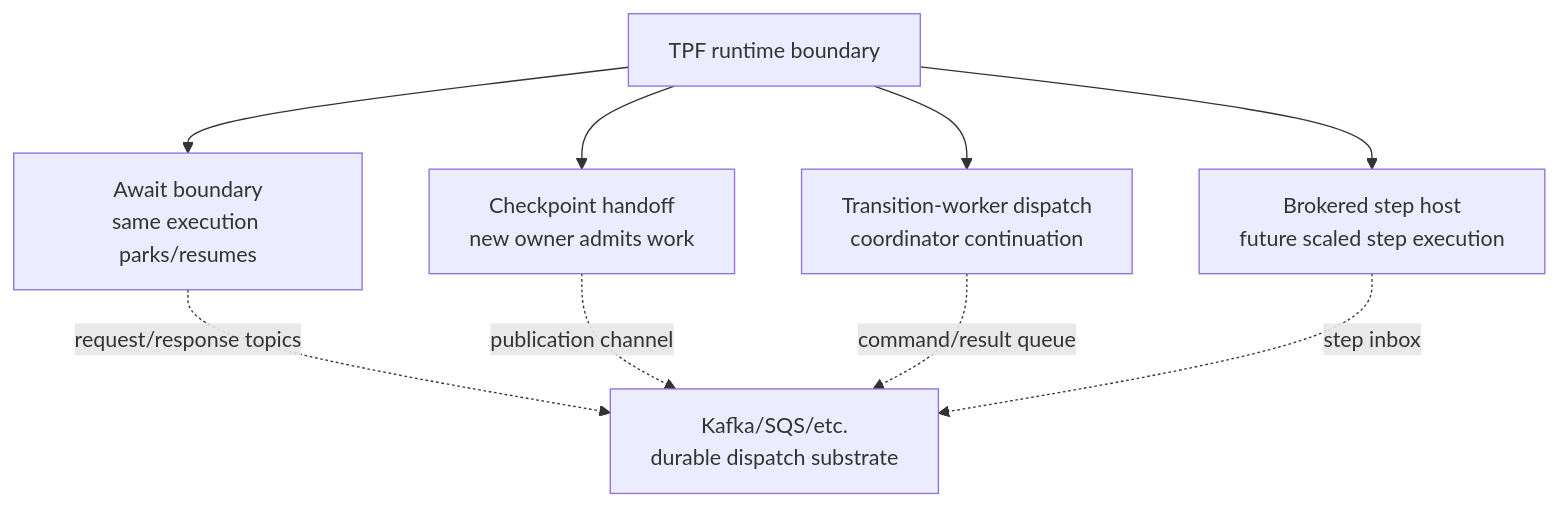
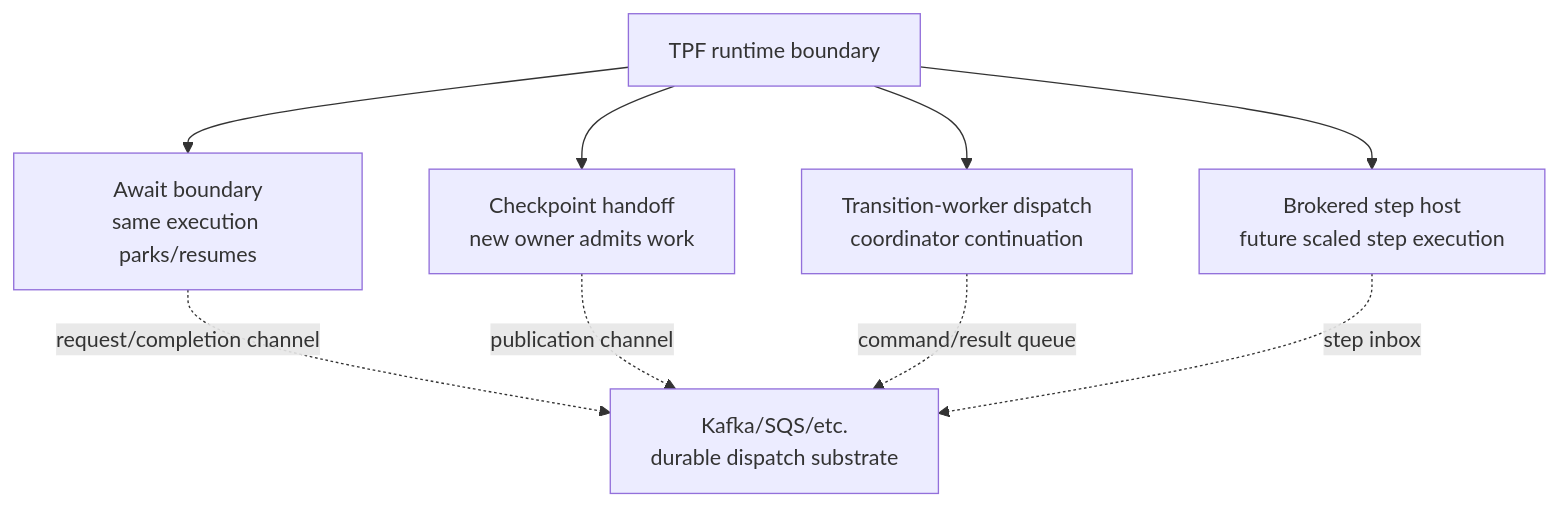
One commit to The-Pipeline-Framework/pipelineframework changed the diagram in docs/guide/evolve/brokered-boundaries/boundary-taxonomy.md. Above: the diagram before and after it, drawn with Mermaid. The commit also changed other lines of this file and 7 other files, not shown here.

Commit message:
Align SQS await docs with runtime support

````diff
--- a/docs/guide/evolve/brokered-boundaries/boundary-taxonomy.md
+++ b/docs/guide/evolve/brokered-boundaries/boundary-taxonomy.md
@@ -36,20 +36,20 @@
 ```mermaid
 flowchart TB
     Runtime["TPF runtime boundary"]
     Await["Await boundary<br/>same execution parks/resumes"]
     Checkpoint["Checkpoint handoff<br/>new owner admits work"]
     Transition["Transition-worker dispatch<br/>coordinator continuation"]
     StepHost["Brokered step host<br/>future scaled step execution"]
 
-    Kafka["Kafka/SQS/etc.<br/>durable dispatch substrate"]
+    Broker["Kafka/SQS/etc.<br/>durable dispatch substrate"]
 
     Runtime --> Await
     Runtime --> Checkpoint
     Runtime --> Transition
     Runtime --> StepHost
 
-    Await -. request/response topics .-> Kafka
-    Checkpoint -. publication channel .-> Kafka
-    Transition -. command/result queue .-> Kafka
-    StepHost -. step inbox .-> Kafka
+    Await -. request/completion channel .-> Broker
+    Checkpoint -. publication channel .-> Broker
+    Transition -. command/result queue .-> Broker
+    StepHost -. step inbox .-> Broker
 ```
````
